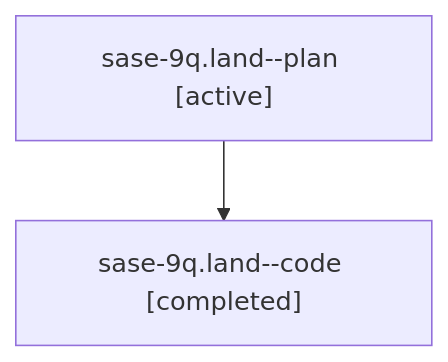
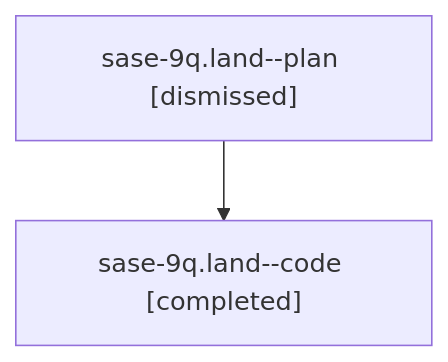
Before and after one commit to sase-org/sase--agents: the diagram in sessions/bbugyi200.athena.sase-9q.land.md, drawn with Mermaid. The commit also changed other lines of this file and 57 other files, not shown here.

````diff
--- a/sessions/bbugyi200.athena.sase-9q.land.md
+++ b/sessions/bbugyi200.athena.sase-9q.land.md
@@ -9,6 +9,6 @@
 ```mermaid
 flowchart TD
-  n0["sase-9q.land--plan [active]"]
+  n0["sase-9q.land--plan [dismissed]"]
   n1["sase-9q.land--code [completed]"]
   n0 --> n1
 ```
````
